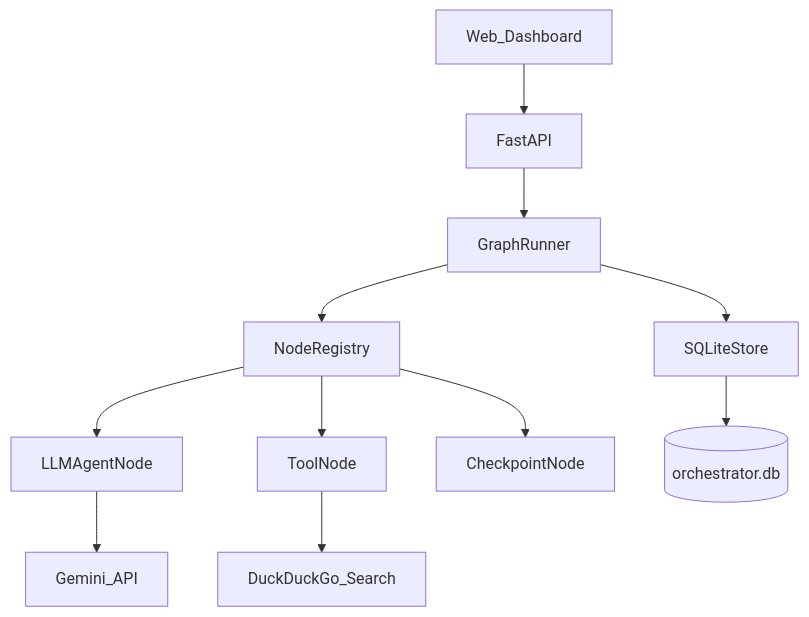
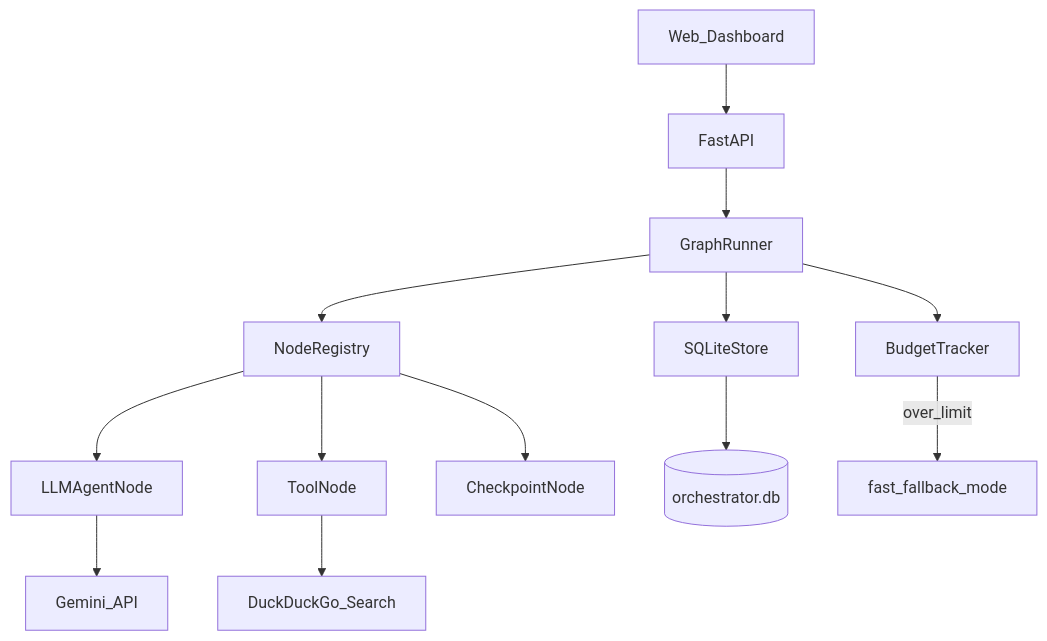
Before and after one commit to Arpit441/multi-agent-orchestration-: the first of 5 diagrams in README.md, drawn with Mermaid. The commit also changed other lines of this file and 2 other files, not shown here.

````diff
--- a/README.md
+++ b/README.md
@@ -25,13 +30,15 @@
 ```mermaid
 flowchart TD
   UI[Web_Dashboard] --> API[FastAPI]
   API --> Runner[GraphRunner]
   Runner --> Registry[NodeRegistry]
+  Runner --> Budget[BudgetTracker]
   Registry --> LLM[LLMAgentNode]
   Registry --> Tool[ToolNode]
   Registry --> CP[CheckpointNode]
   Runner --> Store[SQLiteStore]
   LLM --> Gemini[Gemini_API]
   Tool --> Search[DuckDuckGo_Search]
   Store --> DB[(orchestrator.db)]
+  Budget -->|over_limit| FastFallback[fast_fallback_mode]
 ```
````
